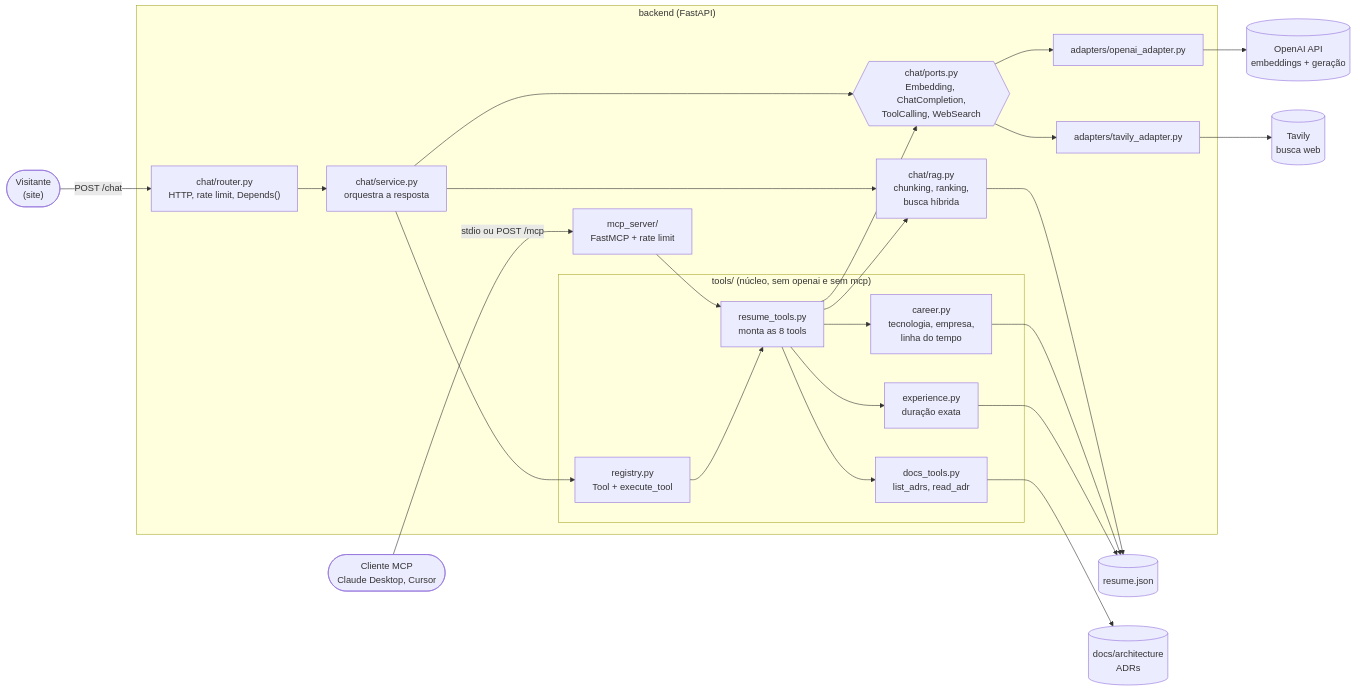
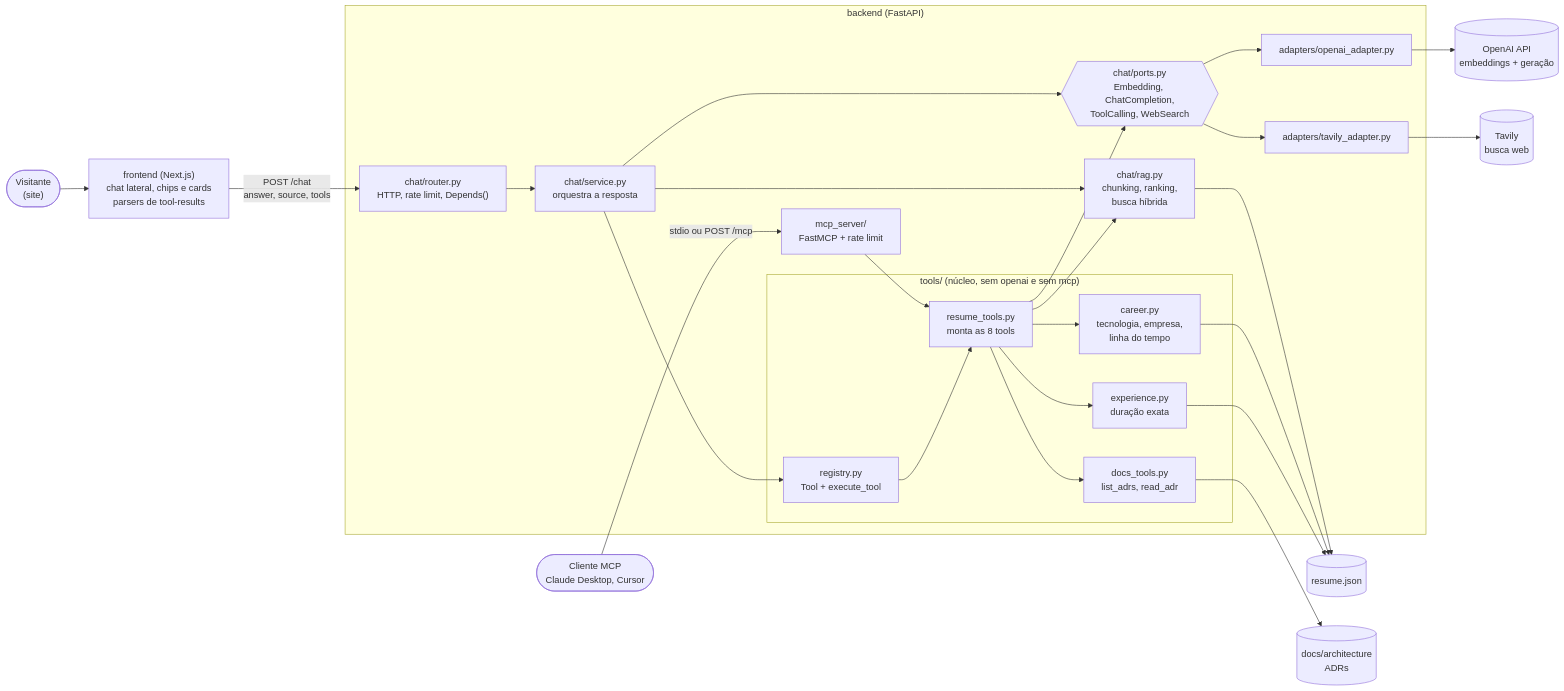
One commit to lucaspalharesbarbosa/curriculo-online-ia changed the first of 2 diagrams in docs/architecture/C4-002-componentes-backend-tools-mcp.md. Above: the diagram before and after it, drawn with Mermaid. The commit also changed other lines of this file and 8 other files, not shown here.

````diff
--- a/docs/architecture/C4-002-componentes-backend-tools-mcp.md
+++ b/docs/architecture/C4-002-componentes-backend-tools-mcp.md
@@ -7,45 +7,46 @@
 ```mermaid
 flowchart LR
-    V(["Visitante<br/>(site)"]) -->|POST /chat| ROUTER
+    V(["Visitante<br/>(site)"]) --> FE
+    FE["frontend (Next.js)<br/>chat lateral, chips e cards<br/>parsers de tool-results"] -->|POST /chat<br/>answer, source, tools| ROUTER
     MC(["Cliente MCP<br/>Claude Desktop, Cursor"]) -->|stdio ou POST /mcp| MCPS
 
     subgraph BACKEND["backend (FastAPI)"]
         ROUTER["chat/router.py<br/>HTTP, rate limit, Depends()"]
         SERVICE["chat/service.py<br/>orquestra a resposta"]
         RAG["chat/rag.py<br/>chunking, ranking,<br/>busca híbrida"]
         MCPS["mcp_server/<br/>FastMCP + rate limit"]
 
         subgraph CORE["tools/ (núcleo, sem openai e sem mcp)"]
             REG["registry.py<br/>Tool + execute_tool"]
             RT["resume_tools.py<br/>monta as 8 tools"]
             EXP["experience.py<br/>duração exata"]
             CAR["career.py<br/>tecnologia, empresa,<br/>linha do tempo"]
             DOC["docs_tools.py<br/>list_adrs, read_adr"]
         end
 
         PORTS{{"chat/ports.py<br/>Embedding, ChatCompletion,<br/>ToolCalling, WebSearch"}}
         OAI["adapters/openai_adapter.py"]
         TAV["adapters/tavily_adapter.py"]
     end
 
     ROUTER --> SERVICE
     SERVICE --> RAG
     SERVICE --> REG
     SERVICE --> PORTS
     MCPS --> RT
     REG --> RT
     RT --> EXP
     RT --> CAR
     RT --> DOC
     RT --> RAG
     RT --> PORTS
     PORTS --> OAI
     PORTS --> TAV
 
     OAI --> LLM[("OpenAI API<br/>embeddings + geração")]
     TAV --> WEB[("Tavily<br/>busca web")]
     RAG --> JSON[("resume.json")]
     CAR --> JSON
     EXP --> JSON
     DOC --> ADRS[("docs/architecture<br/>ADRs")]
 ```
````
